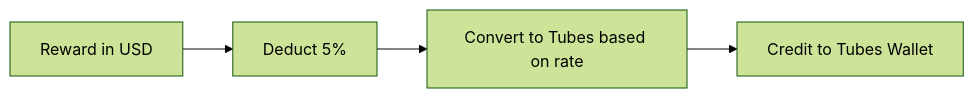
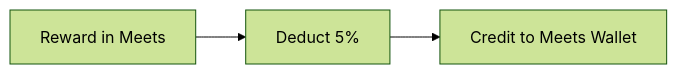
One commit to woonCK/meets changed the second of 2 diagrams in README.md. Above: the diagram before and after it, drawn with Mermaid (forest theme). The commit also changed other lines of this file, not shown here.

````diff
--- a/README.md
+++ b/README.md
@@ -108,11 +111,8 @@
 ```mermaid
-
 graph LR
 
-A[Reward in USD] --> B[Deduct 5%]
+A[Reward in Meets] --> B[Deduct 5%]
 
-B --> C[Convert to Tubes based on rate]
-
-C --> D[Credit to Tubes Wallet]
+B --> C[Credit to Meets Wallet]
 
 ```
````
